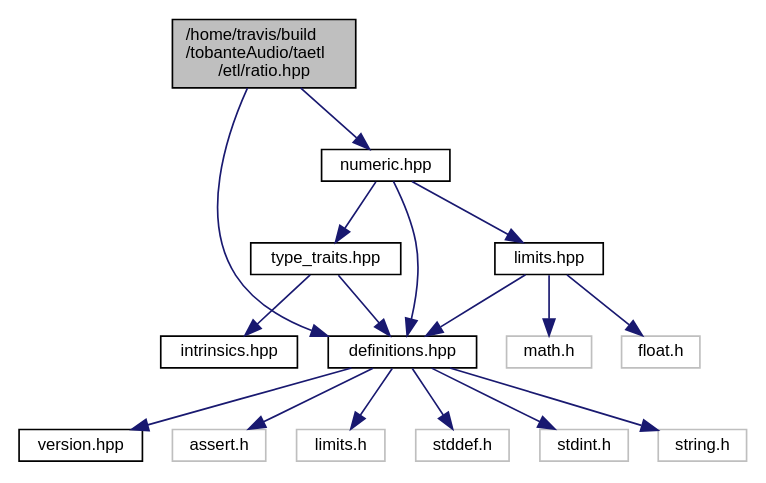
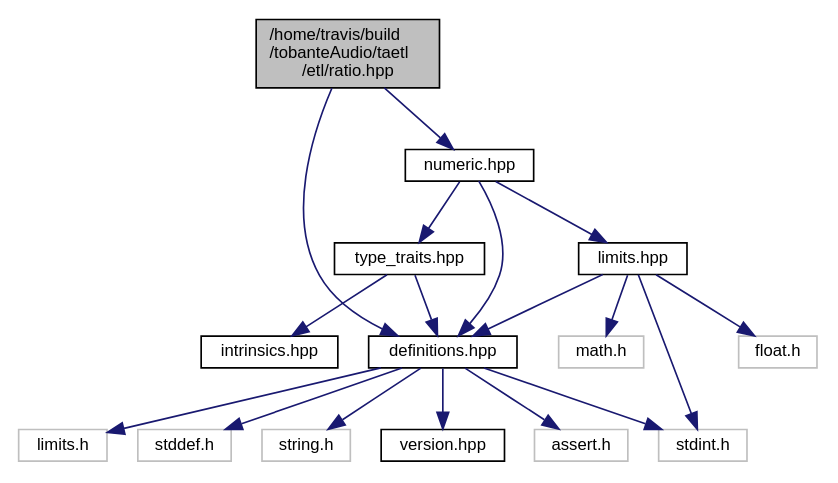
The diagram in ratio_8hpp__incl.dot (tobanteAudio/taetl), drawn with Graphviz before and after one commit. The commit also changed 13 other files, not shown here.

```diff
--- a/ratio_8hpp__incl.dot
+++ b/ratio_8hpp__incl.dot
@@ -1,35 +1,36 @@
 digraph "/home/travis/build/tobanteAudio/taetl/etl/ratio.hpp"
 {
   edge [fontname="Helvetica",fontsize="10",labelfontname="Helvetica",labelfontsize="10"];
   node [fontname="Helvetica",fontsize="10",shape=record];
   Node0 [label="/home/travis/build\l/tobanteAudio/taetl\l/etl/ratio.hpp",height=0.2,width=0.4,color="black", fillcolor="grey75", style="filled", fontcolor="black"];
   Node0 -> Node1 [color="midnightblue",fontsize="10",style="solid",fontname="Helvetica"];
   Node1 [label="definitions.hpp",height=0.2,width=0.4,color="black", fillcolor="white", style="filled",URL="$definitions_8hpp.html"];
   Node1 -> Node2 [color="midnightblue",fontsize="10",style="solid",fontname="Helvetica"];
   Node2 [label="version.hpp",height=0.2,width=0.4,color="black", fillcolor="white", style="filled",URL="$version_8hpp.html"];
   Node1 -> Node3 [color="midnightblue",fontsize="10",style="solid",fontname="Helvetica"];
   Node3 [label="assert.h",height=0.2,width=0.4,color="grey75", fillcolor="white", style="filled"];
   Node1 -> Node4 [color="midnightblue",fontsize="10",style="solid",fontname="Helvetica"];
   Node4 [label="limits.h",height=0.2,width=0.4,color="grey75", fillcolor="white", style="filled"];
   Node1 -> Node5 [color="midnightblue",fontsize="10",style="solid",fontname="Helvetica"];
   Node5 [label="stddef.h",height=0.2,width=0.4,color="grey75", fillcolor="white", style="filled"];
   Node1 -> Node6 [color="midnightblue",fontsize="10",style="solid",fontname="Helvetica"];
   Node6 [label="stdint.h",height=0.2,width=0.4,color="grey75", fillcolor="white", style="filled"];
   Node1 -> Node7 [color="midnightblue",fontsize="10",style="solid",fontname="Helvetica"];
   Node7 [label="string.h",height=0.2,width=0.4,color="grey75", fillcolor="white", style="filled"];
   Node0 -> Node8 [color="midnightblue",fontsize="10",style="solid",fontname="Helvetica"];
   Node8 [label="numeric.hpp",height=0.2,width=0.4,color="black", fillcolor="white", style="filled",URL="$numeric_8hpp.html"];
   Node8 -> Node1 [color="midnightblue",fontsize="10",style="solid",fontname="Helvetica"];
   Node8 -> Node9 [color="midnightblue",fontsize="10",style="solid",fontname="Helvetica"];
   Node9 [label="limits.hpp",height=0.2,width=0.4,color="black", fillcolor="white", style="filled",URL="$limits_8hpp.html"];
   Node9 -> Node10 [color="midnightblue",fontsize="10",style="solid",fontname="Helvetica"];
   Node10 [label="float.h",height=0.2,width=0.4,color="grey75", fillcolor="white", style="filled"];
   Node9 -> Node11 [color="midnightblue",fontsize="10",style="solid",fontname="Helvetica"];
   Node11 [label="math.h",height=0.2,width=0.4,color="grey75", fillcolor="white", style="filled"];
+  Node9 -> Node6 [color="midnightblue",fontsize="10",style="solid",fontname="Helvetica"];
   Node9 -> Node1 [color="midnightblue",fontsize="10",style="solid",fontname="Helvetica"];
   Node8 -> Node12 [color="midnightblue",fontsize="10",style="solid",fontname="Helvetica"];
   Node12 [label="type_traits.hpp",height=0.2,width=0.4,color="black", fillcolor="white", style="filled",URL="$type__traits_8hpp.html"];
   Node12 -> Node1 [color="midnightblue",fontsize="10",style="solid",fontname="Helvetica"];
   Node12 -> Node13 [color="midnightblue",fontsize="10",style="solid",fontname="Helvetica"];
   Node13 [label="intrinsics.hpp",height=0.2,width=0.4,color="black", fillcolor="white", style="filled",URL="$intrinsics_8hpp.html"];
 }
```
